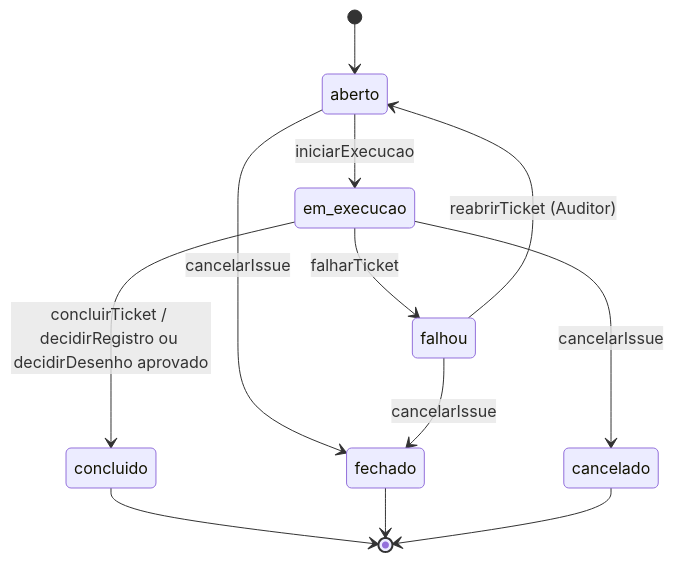
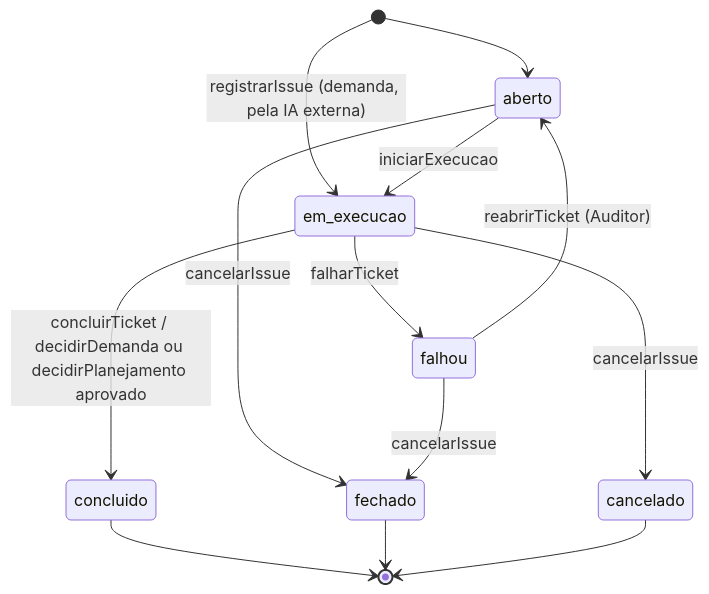
Before and after one commit to JimmyAreaFiscal/Fabriquinha: the third of 3 diagrams in fabriquinha/01-dominio.md, drawn with Mermaid. The commit also changed other lines of this file and 36 other files, not shown here.

````diff
--- a/fabriquinha/01-dominio.md
+++ b/fabriquinha/01-dominio.md
@@ -308,14 +363,15 @@
 ```mermaid
 stateDiagram-v2
     [*] --> aberto
+    [*] --> em_execucao: registrarIssue (demanda, pela IA externa)
     aberto --> em_execucao: iniciarExecucao
-    em_execucao --> concluido: concluirTicket / decidirRegistro ou decidirDesenho aprovado
+    em_execucao --> concluido: concluirTicket / decidirDemanda ou decidirPlanejamento aprovado
     em_execucao --> falhou: falharTicket
     falhou --> aberto: reabrirTicket (Auditor)
     aberto --> fechado: cancelarIssue
     falhou --> fechado: cancelarIssue
     em_execucao --> cancelado: cancelarIssue
     concluido --> [*]
     fechado --> [*]
     cancelado --> [*]
 ```
````
